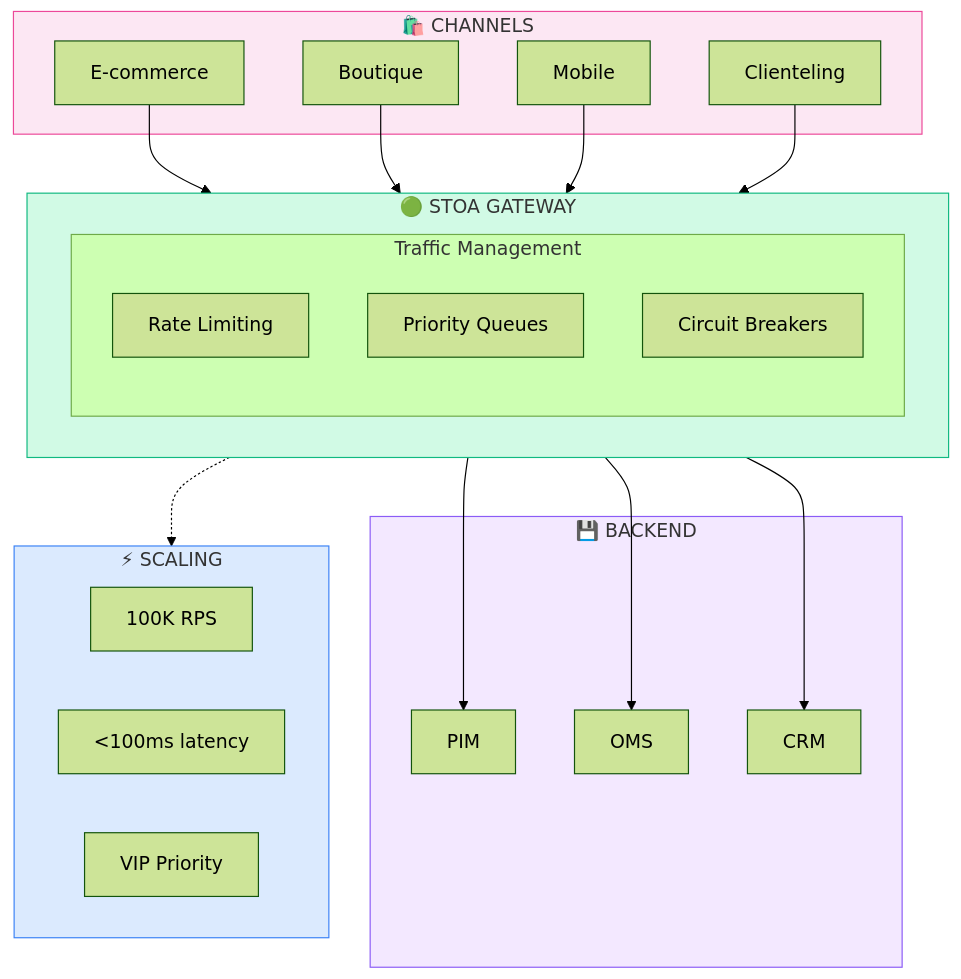
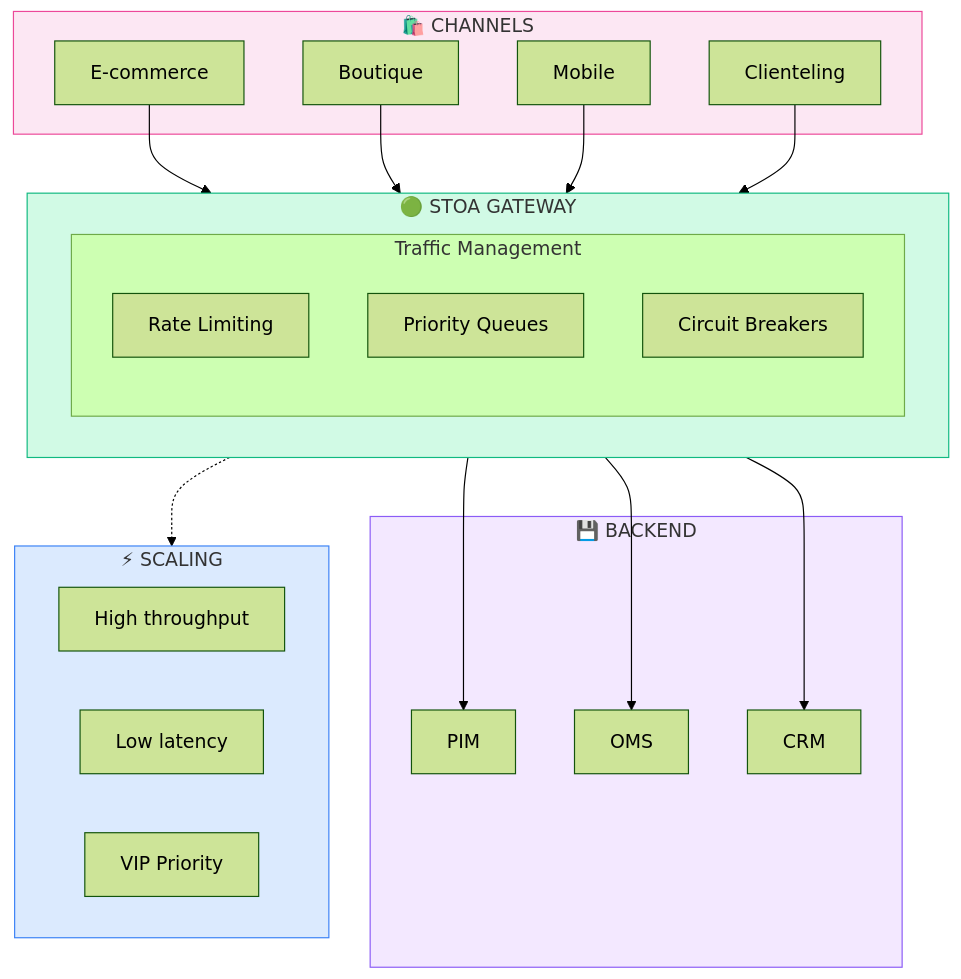
One commit to stoa-platform/stoa-docs changed the eighth of 8 diagrams in docs/enterprise/use-cases.md. Above: the diagram before and after it, drawn with Mermaid (forest theme). The commit also changed other lines of this file and 24 other files, not shown here.

````diff
--- a/docs/enterprise/use-cases.md
+++ b/docs/enterprise/use-cases.md
@@ -290,38 +290,38 @@
 ```mermaid
 flowchart TB
     subgraph Channels["🛍️ CHANNELS"]
         EC["E-commerce"]
         BT["Boutique"]
         MB["Mobile"]
         CL["Clienteling"]
     end
 
     subgraph Gateway["🟢 STOA GATEWAY"]
         subgraph TM["Traffic Management"]
             RL["Rate Limiting"]
             PQ["Priority Queues"]
             CB["Circuit Breakers"]
         end
     end
 
     subgraph Backend["💾 BACKEND"]
         PIM["PIM"]
         OMS["OMS"]
         CRM["CRM"]
     end
 
     subgraph Scale["⚡ SCALING"]
-        S1["100K RPS"]
-        S2["<100ms latency"]
+        S1["High throughput"]
+        S2["Low latency"]
         S3["VIP Priority"]
     end
 
     EC & BT & MB & CL --> Gateway
     Gateway --> PIM & OMS & CRM
     Gateway -.-> Scale
 
     style Channels fill:#fce7f3,stroke:#ec4899
     style Gateway fill:#d1fae5,stroke:#10b981
     style Backend fill:#f3e8ff,stroke:#8b5cf6
     style Scale fill:#dbeafe,stroke:#3b82f6
 ```
````
